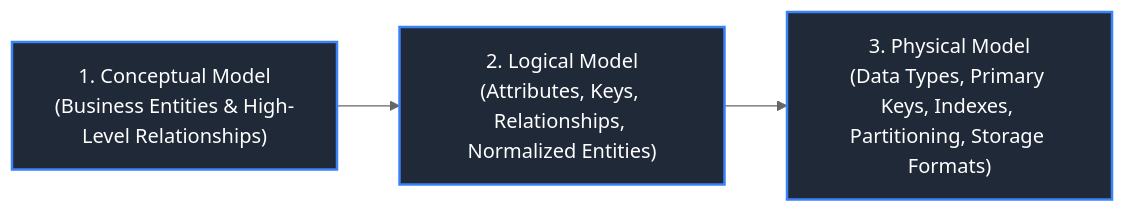
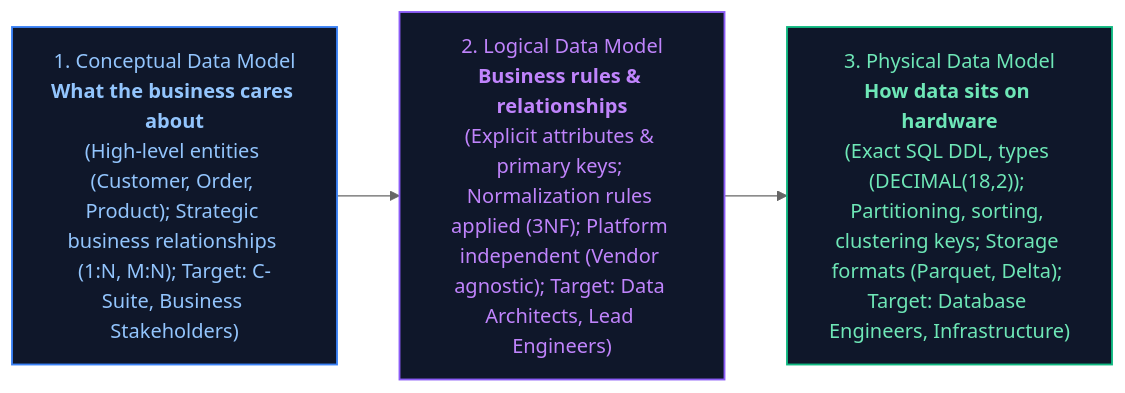
One commit to joydeep-biswas/Interview-Preparation changed diagram 11 of 30 in Data Engineering/06_data_architecture_and_modeling.md. Above: the diagram before and after it, drawn with Mermaid (neutral theme). The commit also changed other lines of this file and 143 other files, not shown here.

````diff
--- a/Data Engineering/06_data_architecture_and_modeling.md
+++ b/Data Engineering/06_data_architecture_and_modeling.md
@@ -527,12 +599,14 @@
 ```mermaid
 flowchart LR
-    Conceptual["1. Conceptual Model<br/>(Business Entities & High-Level Relationships)"]
-    Logical["2. Logical Model<br/>(Attributes, Keys, Relationships, Normalized Entities)"]
-    Physical["3. Physical Model<br/>(Data Types, Primary Keys, Indexes, Partitioning, Storage Formats)"]
+    Conceptual["1. Conceptual Data Model<br/><b>What the business cares about</b><br/>(High-level entities (Customer, Order, Product); Strategic business relationships (1:N, M:N); Target: C-Suite, Business Stakeholders)"]
+    
+    Logical["2. Logical Data Model<br/><b>Business rules & relationships</b><br/>(Explicit attributes & primary keys; Normalization rules applied (3NF); Platform independent (Vendor agnostic); Target: Data Architects, Lead Engineers)"]
+    
+    Physical["3. Physical Data Model<br/><b>How data sits on hardware</b><br/>(Exact SQL DDL, types (DECIMAL(18,2)); Partitioning, sorting, clustering keys; Storage formats (Parquet, Delta); Target: Database Engineers, Infrastructure)"]
 
     Conceptual --> Logical --> Physical
 
-    style Conceptual fill:#1f2937,stroke:#3b82f6,stroke-width:2px,color:#fff
-    style Logical fill:#1f2937,stroke:#3b82f6,stroke-width:2px,color:#fff
-    style Physical fill:#1f2937,stroke:#3b82f6,stroke-width:2px,color:#fff
+    style Conceptual fill:#0f172a,stroke:#3b82f6,stroke-width:1.5px,color:#93c5fd
+    style Logical fill:#0f172a,stroke:#8b5cf6,stroke-width:1.5px,color:#c084fc
+    style Physical fill:#0f172a,stroke:#10b981,stroke-width:1.5px,color:#6ee7b7
 ```
````
